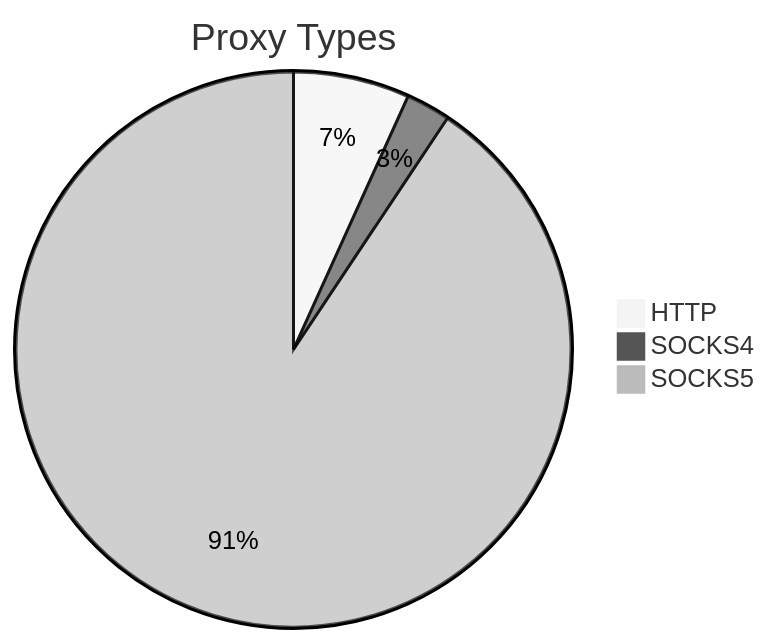
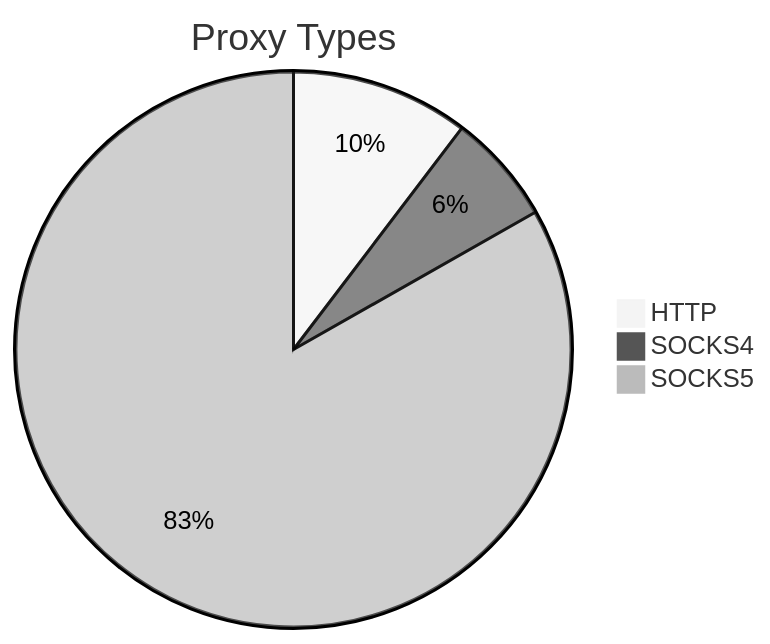
The first of 2 diagrams in README.md (stormsia/proxy-list), drawn with Mermaid (neutral theme) before and after one commit. The commit also changed other lines of this file, not shown here.

````diff
--- a/README.md
+++ b/README.md
@@ -21,6 +21,6 @@
 ```mermaid
 pie title Proxy Types
-    "HTTP" : 110
-    "SOCKS4" : 42
-    "SOCKS5" : 1474
+    "HTTP" : 246
+    "SOCKS4" : 153
+    "SOCKS5" : 1978
 ```
````
